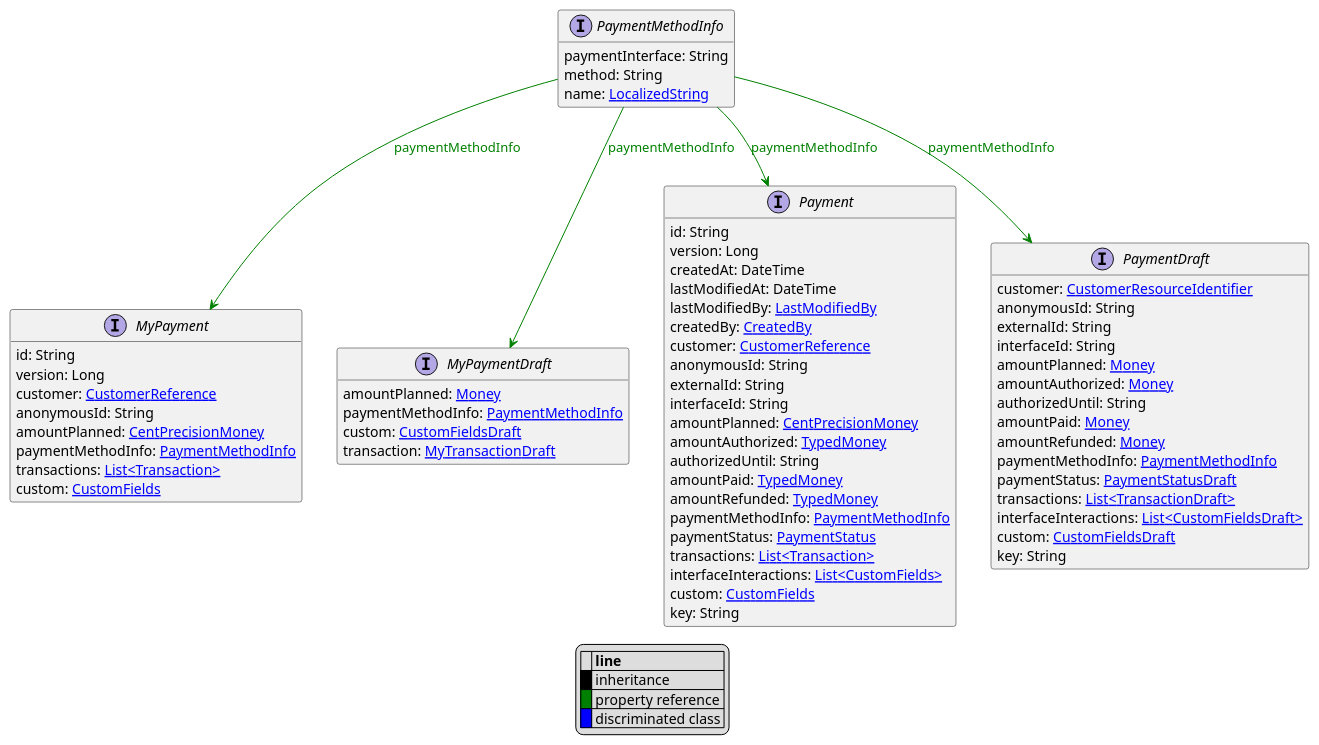
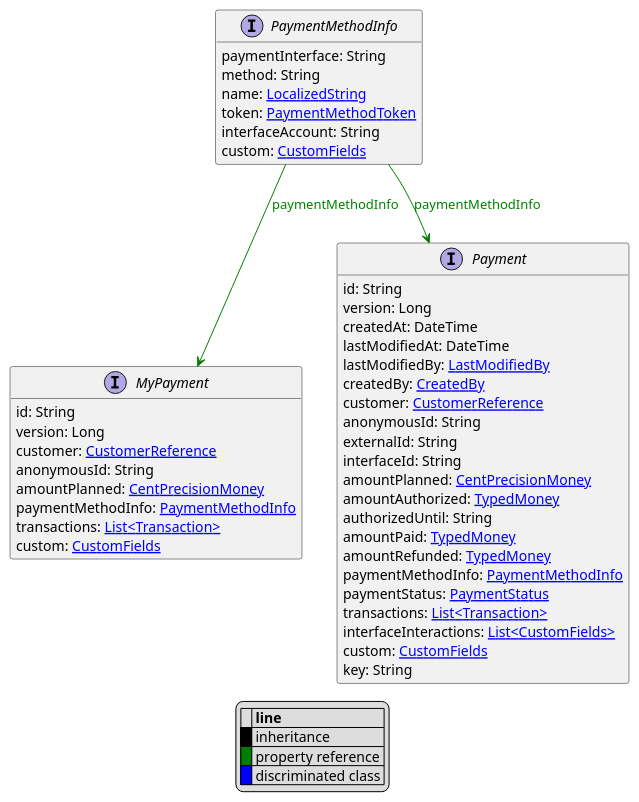
Before and after one commit to commercetools/commercetools-api-reference: the diagram in uml/api/PaymentMethodInfo.puml, drawn with PlantUML. The commit also changed 1996 other files, not shown here.

```diff
--- a/uml/api/PaymentMethodInfo.puml
+++ b/uml/api/PaymentMethodInfo.puml
@@ -1,80 +1,58 @@
 @startuml
 
 hide empty fields
 hide empty methods
 legend
 |= |= line |
 |<back:black>   </back>| inheritance |
 |<back:green>   </back>| property reference |
 |<back:blue>   </back>| discriminated class |
 endlegend
 interface PaymentMethodInfo [[PaymentMethodInfo.svg]]  {
     paymentInterface: String
     method: String
     name: [[LocalizedString.svg LocalizedString]]
+    token: [[PaymentMethodToken.svg PaymentMethodToken]]
+    interfaceAccount: String
+    custom: [[CustomFields.svg CustomFields]]
 }
 
 
 
 interface MyPayment [[MyPayment.svg]]  {
     id: String
     version: Long
     customer: [[CustomerReference.svg CustomerReference]]
     anonymousId: String
     amountPlanned: [[CentPrecisionMoney.svg CentPrecisionMoney]]
     paymentMethodInfo: [[PaymentMethodInfo.svg PaymentMethodInfo]]
     transactions: [[Transaction.svg List<Transaction>]]
     custom: [[CustomFields.svg CustomFields]]
-}
-interface MyPaymentDraft [[MyPaymentDraft.svg]]  {
-    amountPlanned: [[Money.svg Money]]
-    paymentMethodInfo: [[PaymentMethodInfo.svg PaymentMethodInfo]]
-    custom: [[CustomFieldsDraft.svg CustomFieldsDraft]]
-    transaction: [[MyTransactionDraft.svg MyTransactionDraft]]
 }
 interface Payment [[Payment.svg]]  {
     id: String
     version: Long
     createdAt: DateTime
     lastModifiedAt: DateTime
     lastModifiedBy: [[LastModifiedBy.svg LastModifiedBy]]
     createdBy: [[CreatedBy.svg CreatedBy]]
     customer: [[CustomerReference.svg CustomerReference]]
     anonymousId: String
     externalId: String
     interfaceId: String
     amountPlanned: [[CentPrecisionMoney.svg CentPrecisionMoney]]
     amountAuthorized: [[TypedMoney.svg TypedMoney]]
     authorizedUntil: String
     amountPaid: [[TypedMoney.svg TypedMoney]]
     amountRefunded: [[TypedMoney.svg TypedMoney]]
     paymentMethodInfo: [[PaymentMethodInfo.svg PaymentMethodInfo]]
     paymentStatus: [[PaymentStatus.svg PaymentStatus]]
     transactions: [[Transaction.svg List<Transaction>]]
     interfaceInteractions: [[CustomFields.svg List<CustomFields>]]
     custom: [[CustomFields.svg CustomFields]]
     key: String
 }
-interface PaymentDraft [[PaymentDraft.svg]]  {
-    customer: [[CustomerResourceIdentifier.svg CustomerResourceIdentifier]]
-    anonymousId: String
-    externalId: String
-    interfaceId: String
-    amountPlanned: [[Money.svg Money]]
-    amountAuthorized: [[Money.svg Money]]
-    authorizedUntil: String
-    amountPaid: [[Money.svg Money]]
-    amountRefunded: [[Money.svg Money]]
-    paymentMethodInfo: [[PaymentMethodInfo.svg PaymentMethodInfo]]
-    paymentStatus: [[PaymentStatusDraft.svg PaymentStatusDraft]]
-    transactions: [[TransactionDraft.svg List<TransactionDraft>]]
-    interfaceInteractions: [[CustomFieldsDraft.svg List<CustomFieldsDraft>]]
-    custom: [[CustomFieldsDraft.svg CustomFieldsDraft]]
-    key: String
-}
 
 PaymentMethodInfo --> MyPayment #green;text:green : "paymentMethodInfo"
-PaymentMethodInfo --> MyPaymentDraft #green;text:green : "paymentMethodInfo"
 PaymentMethodInfo --> Payment #green;text:green : "paymentMethodInfo"
-PaymentMethodInfo --> PaymentDraft #green;text:green : "paymentMethodInfo"
 @enduml
```
